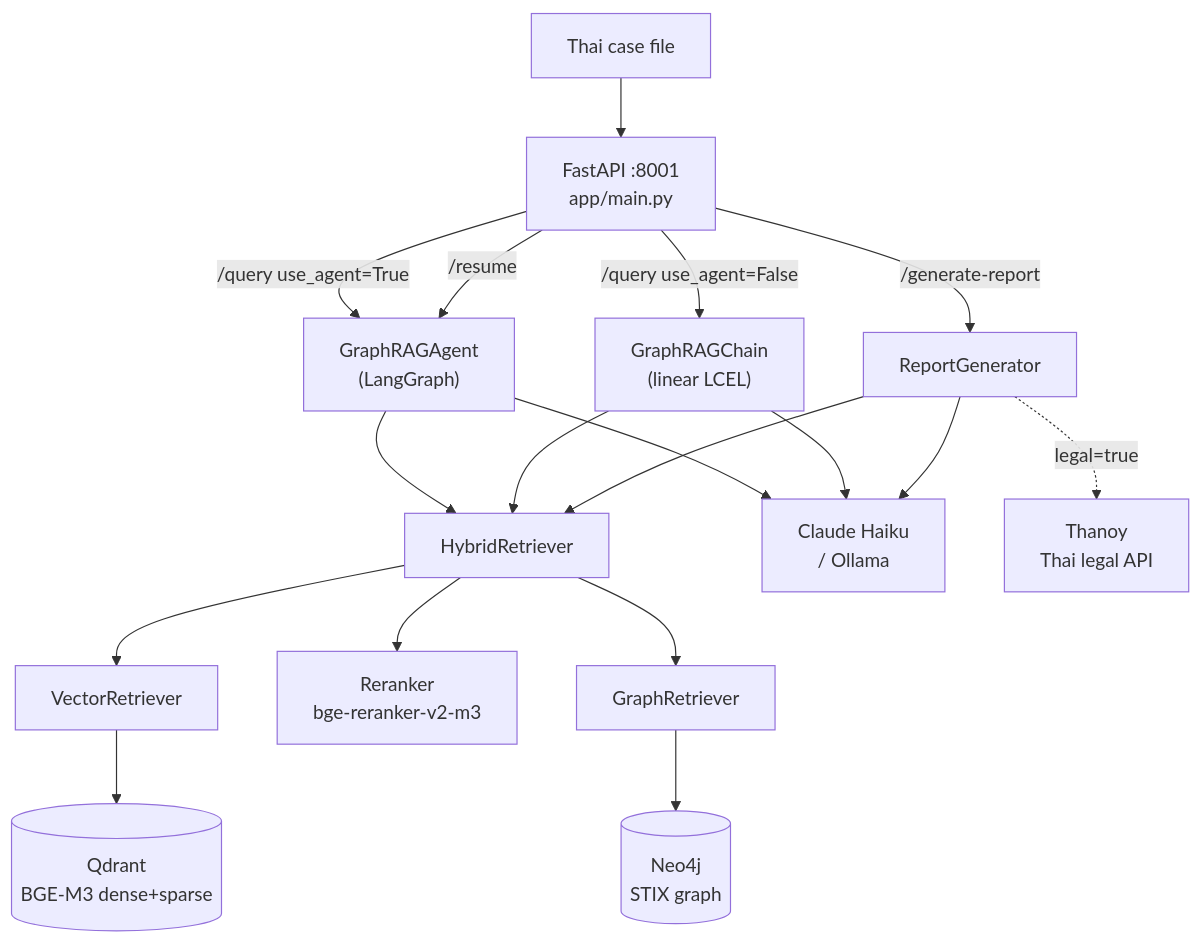
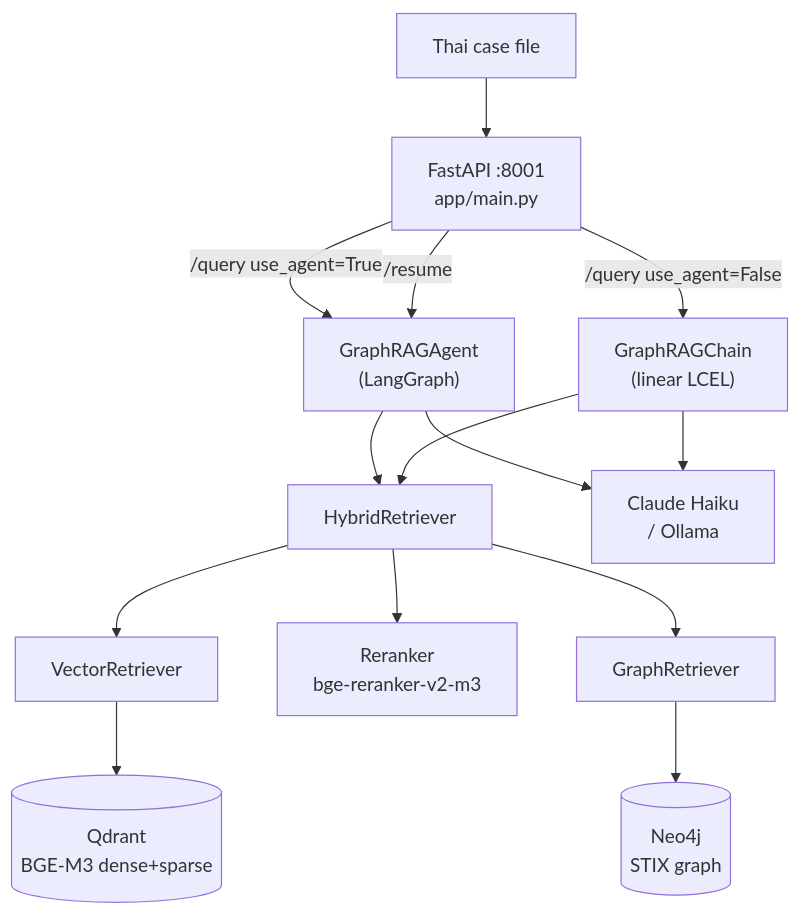
Before and after one commit to KKhamwiset/Cybercase-Intelligence-Framework: the first of 3 diagrams in rag_service/ARCHITECTURE.md, drawn with Mermaid. The commit also changed other lines of this file and 6 other files, not shown here.

````diff
--- a/rag_service/ARCHITECTURE.md
+++ b/rag_service/ARCHITECTURE.md
@@ -56,18 +56,14 @@
 ```mermaid
 flowchart TD
     A["Thai case file"] --> API["FastAPI :8001<br/>app/main.py"]
     API -->|"/query use_agent=True"| AG["GraphRAGAgent<br/>(LangGraph)"]
     API -->|"/query use_agent=False"| CH["GraphRAGChain<br/>(linear LCEL)"]
-    API -->|"/generate-report"| RG["ReportGenerator"]
     API -->|"/resume"| AG
     AG --> HR["HybridRetriever"]
     CH --> HR
-    RG --> HR
     HR --> VR["VectorRetriever"] --> QD[("Qdrant<br/>BGE-M3 dense+sparse")]
     HR --> RR["Reranker<br/>bge-reranker-v2-m3"]
     HR --> GR["GraphRetriever"] --> NEO[("Neo4j<br/>STIX graph")]
     AG --> LLM["Claude Haiku<br/>/ Ollama"]
     CH --> LLM
-    RG --> LLM
-    RG -.->|"legal=true"| THA["Thanoy<br/>Thai legal API"]
 ```
````
